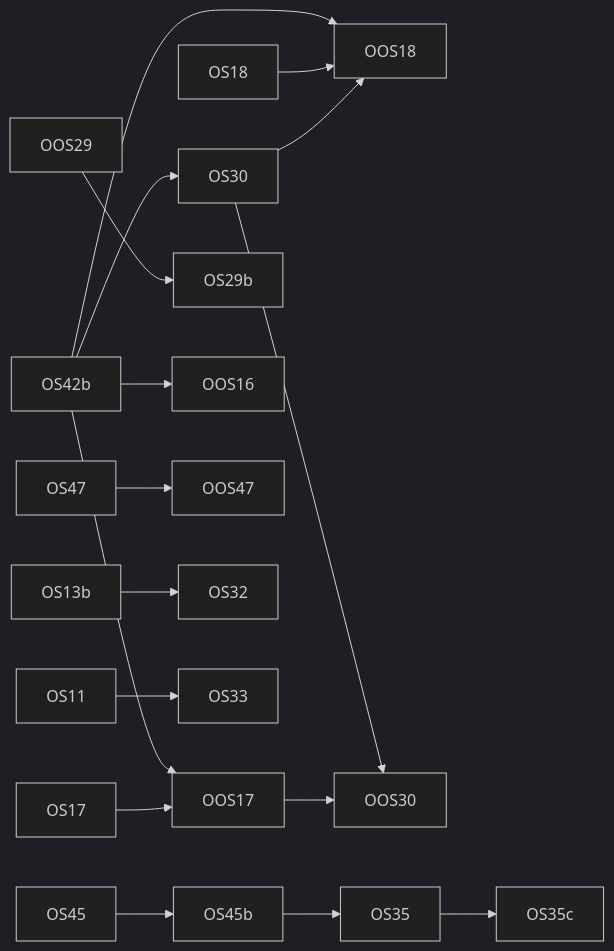
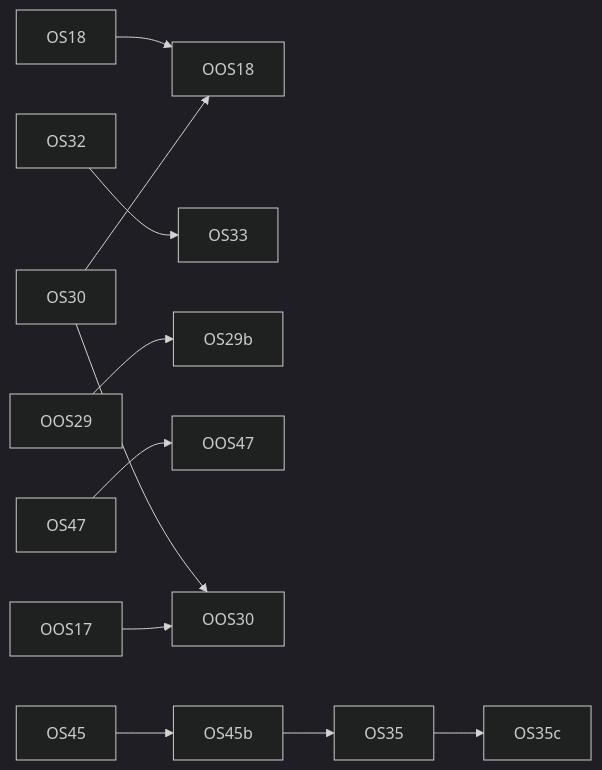
The diagram in PLAN_ORGANIC_SEARCH.md (diy-accounting-uk/submit.diyaccounting.co.uk), drawn with Mermaid (dark theme) before and after one commit. The commit also changed other lines of this file and 1 other file, not shown here.

````diff
--- a/PLAN_ORGANIC_SEARCH.md
+++ b/PLAN_ORGANIC_SEARCH.md
@@ -902,19 +897,13 @@
 ```mermaid
 flowchart LR
-  OS42b --> OOS17
-  OS42b --> OOS18
-  OS17 --> OOS17
   OS18 --> OOS18
+  OS32 --> OS33
   OS30 --> OOS18
   OOS29 --> OS29b
-  OS42b --> OOS16
   OS47 --> OOS47
   OS30 --> OOS30
   OOS17 --> OOS30
-  OS13b --> OS32
-  OS42b --> OS30
-  OS11 --> OS33
   OS45 --> OS45b
   OS45b --> OS35
   OS35 --> OS35c
 ```
````
